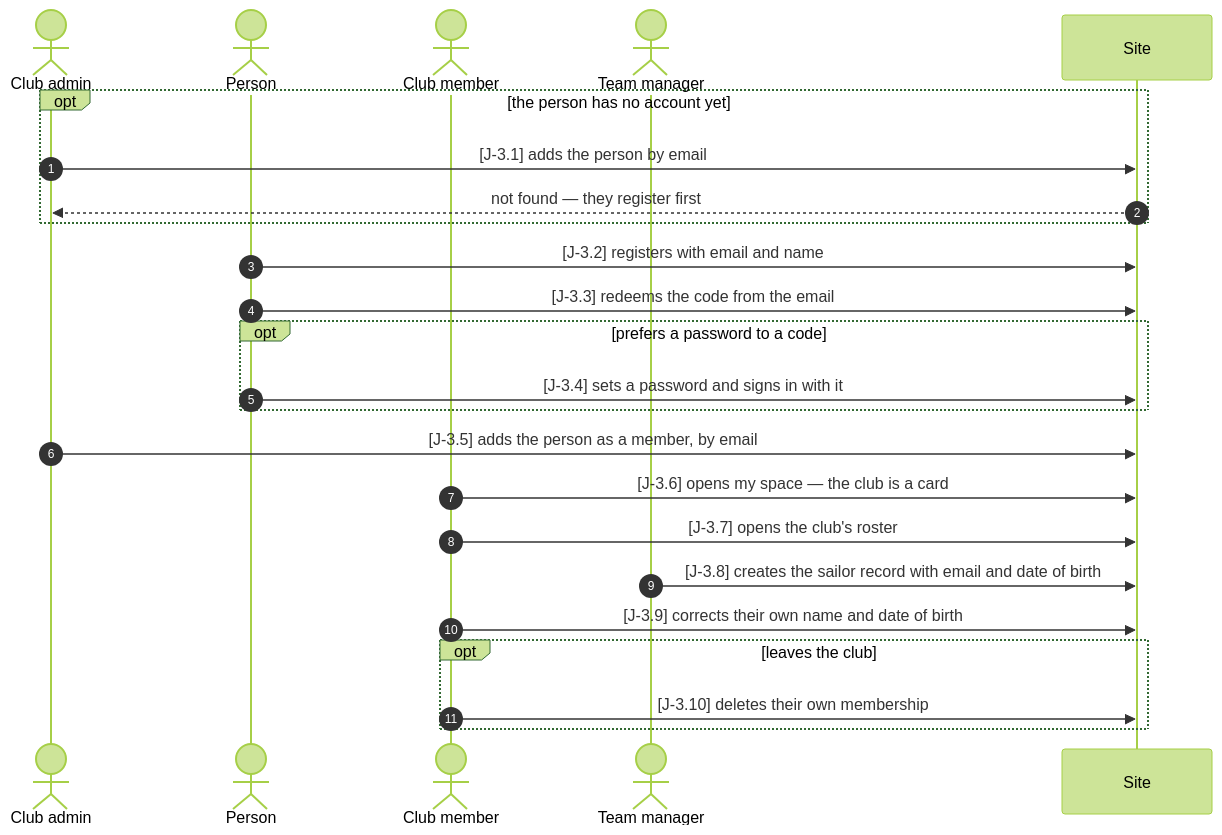
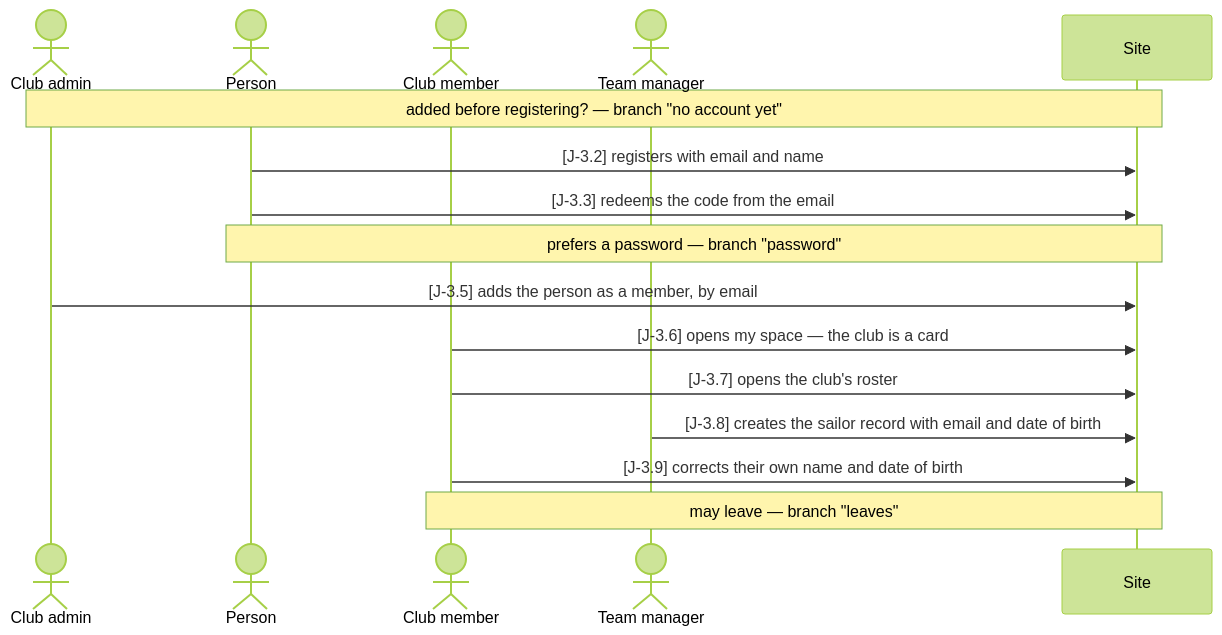
Before and after one commit to gundramleifert/segel-bundesliga: the first of 4 diagrams in docs/journeys/member.md, drawn with Mermaid (forest theme). The commit also changed other lines of this file and 10 other files, not shown here.

First line of the commit message:
Journeys: one diagram per way through, never an opt/alt block

````diff
--- a/docs/journeys/member.md
+++ b/docs/journeys/member.md
@@ -13,27 +15,19 @@
 ```mermaid
 sequenceDiagram
-  autonumber
   actor CA as Club admin
   actor N as Person
   actor M as Club member
   actor TM as Team manager
   participant P as Site
 
-  opt the person has no account yet
-    CA->>P: [J-3.1] adds the person by email
-    P-->>CA: not found — they register first
-  end
+  Note over CA,P: added before registering? — branch "no account yet"
   N->>P: [J-3.2] registers with email and name
   N->>P: [J-3.3] redeems the code from the email
-  opt prefers a password to a code
-    N->>P: [J-3.4] sets a password and signs in with it
-  end
+  Note over N,P: prefers a password — branch "password"
   CA->>P: [J-3.5] adds the person as a member, by email
   M->>P: [J-3.6] opens my space — the club is a card
   M->>P: [J-3.7] opens the club's roster
   TM->>P: [J-3.8] creates the sailor record with email and date of birth
   M->>P: [J-3.9] corrects their own name and date of birth
-  opt leaves the club
-    M->>P: [J-3.10] deletes their own membership
-  end
+  Note over M,P: may leave — branch "leaves"
 ```
````
